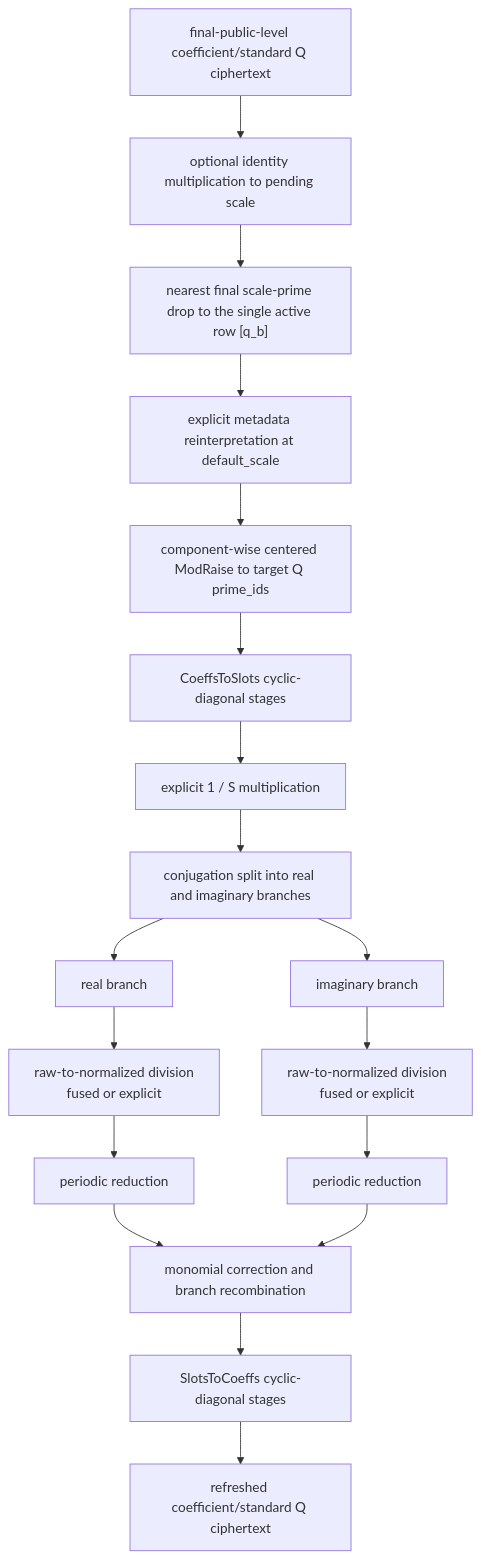
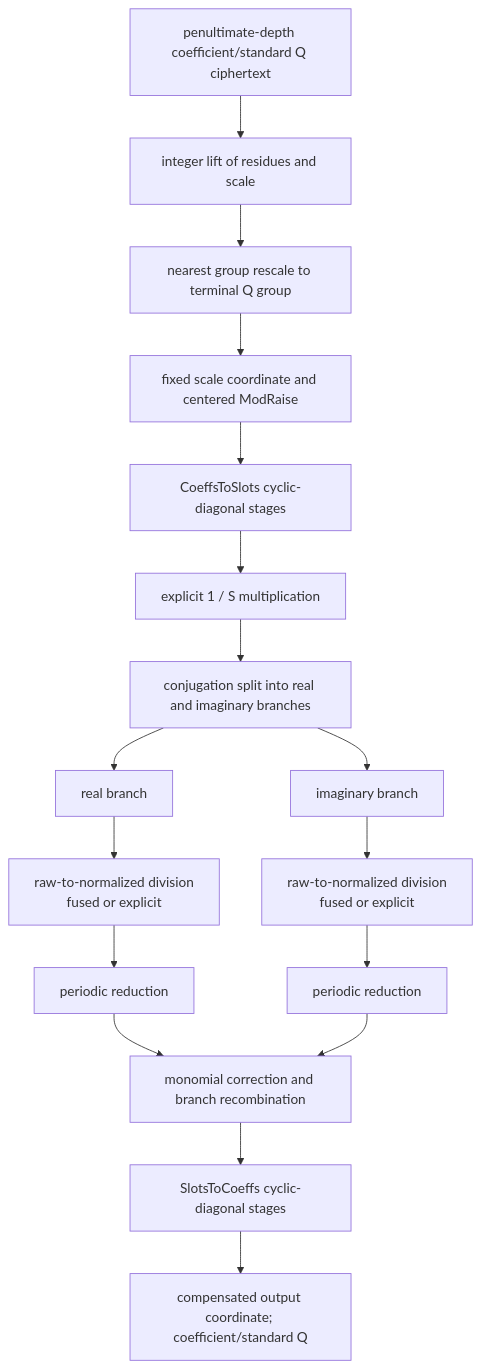
Before and after one commit to visualDust/fhelium: the diagram in docs/concepts/ckks/composable-bootstrapping.md, drawn with Mermaid. The commit also changed other lines of this file and 369 other files, not shown here.

````diff
--- a/docs/concepts/ckks/composable-bootstrapping.md
+++ b/docs/concepts/ckks/composable-bootstrapping.md
@@ -61,26 +63,25 @@
 ```mermaid
 flowchart TB
-    INPUT["final-public-level coefficient/standard Q ciphertext"]
-    IDENTITY["optional identity multiplication to pending scale"]
-    DROP["nearest final scale-prime drop to the single active row [q_b]"]
-    REINTERPRET["explicit metadata reinterpretation at default_scale"]
-    MODRAISE["component-wise centered ModRaise to target Q prime_ids"]
+    INPUT["penultimate-depth coefficient/standard Q ciphertext"]
+    IDENTITY["integer lift of residues and scale"]
+    DROP["nearest group rescale to terminal Q group"]
+    MODRAISE["fixed scale coordinate and centered ModRaise"]
     C2S["CoeffsToSlots cyclic-diagonal stages"]
     NORMALIZE["explicit 1 / S multiplication"]
     SPLIT["conjugation split into real and imaginary branches"]
     REAL["real branch"]
     IMAG["imaginary branch"]
     REAL_DIV["raw-to-normalized division<br/>fused or explicit"]
     IMAG_DIV["raw-to-normalized division<br/>fused or explicit"]
     REAL_REDUCE["periodic reduction"]
     IMAG_REDUCE["periodic reduction"]
     RECOMBINE["monomial correction and branch recombination"]
     S2C["SlotsToCoeffs cyclic-diagonal stages"]
-    OUTPUT["refreshed coefficient/standard Q ciphertext"]
+    OUTPUT["compensated output coordinate; coefficient/standard Q"]
 
-    INPUT --> IDENTITY --> DROP --> REINTERPRET --> MODRAISE --> C2S
+    INPUT --> IDENTITY --> DROP --> MODRAISE --> C2S
     C2S --> NORMALIZE --> SPLIT
     SPLIT --> REAL --> REAL_DIV --> REAL_REDUCE --> RECOMBINE
     SPLIT --> IMAG --> IMAG_DIV --> IMAG_REDUCE --> RECOMBINE
     RECOMBINE --> S2C --> OUTPUT
 ```
````
